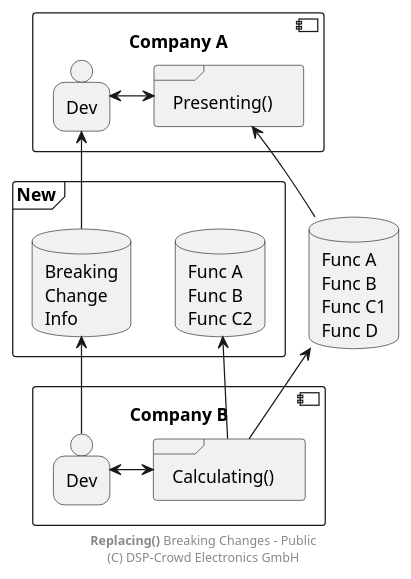
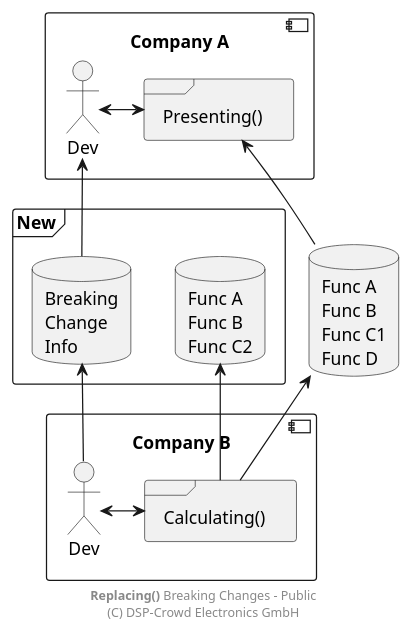
Before and after one commit to NoOrientationProgramming/NopExamples: the diagram in t02_multithreading-mandelbrot/doc/SystemCore/system/replacing/breaking_pub.pu, drawn with PlantUML. The commit also changed 1 other file, not shown here.

```diff
--- a/t02_multithreading-mandelbrot/doc/SystemCore/system/replacing/breaking_pub.pu
+++ b/t02_multithreading-mandelbrot/doc/SystemCore/system/replacing/breaking_pub.pu
@@ -2,37 +2,37 @@
 @startuml
 
 component "Company A" as pComp1 {
-  person "Dev" as pDev1
+  actor "Dev" as pDev1
   frame "Presenting()" as pPres
 
   pDev1 <-> pPres
 }
 
 frame "New" as pNew {
   database "Func A\nFunc B\nFunc C2" as sFunc2
   database "Breaking\nChange\nInfo" as sInfo
 }
 
 database "Func A\nFunc B\nFunc C1\nFunc D" as sFunc1
 
 component "Company B" as pComp2 {
-  person "Dev" as pDev2
+  actor "Dev" as pDev2
   frame "Calculating()" as pCalc
 
   pDev2 <-> pCalc
 }
 
 sInfo .r[hidden]. sFunc2
 sFunc2 .r[hidden]. sFunc1
 
 pDev1 <-- sInfo
 sInfo <-- pDev2
 
 sFunc2 <-- pCalc
 
 pPres <-- sFunc1
 sFunc1 <-- pCalc
 
 footer **Replacing()** Breaking Changes - Public\n(C) DSP-Crowd Electronics GmbH
 
 @enduml
```
